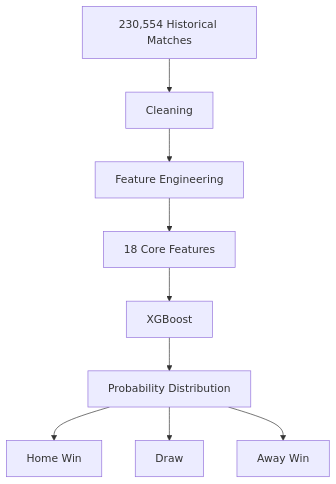
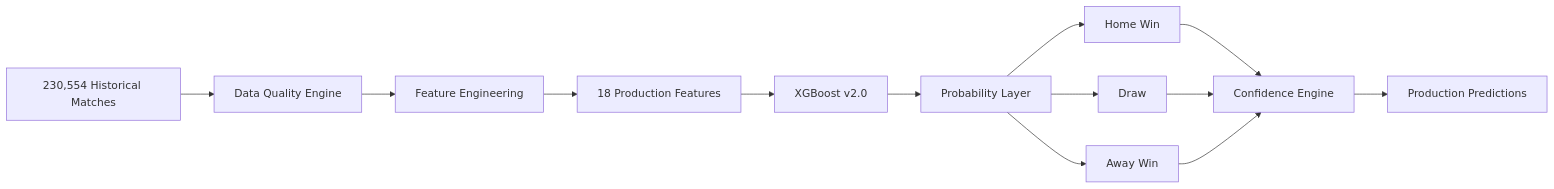
Before and after one commit to sai-ganesh-4539/StatVault: the first of 9 diagrams in Match_Prediction_Intelligence.md, drawn with Mermaid. The commit also changed other lines of this file, not shown here.

````diff
--- a/Match_Prediction_Intelligence.md
+++ b/Match_Prediction_Intelligence.md
@@ -79,19 +38,25 @@
 ```mermaid
-flowchart TD
+flowchart LR
 
 A[230,554 Historical Matches]
 
-A --> B[Cleaning]
+A --> B[Data Quality Engine]
 
 B --> C[Feature Engineering]
 
-C --> D[18 Core Features]
+C --> D[18 Production Features]
 
-D --> E[XGBoost]
+D --> E[XGBoost v2.0]
 
-E --> F[Probability Distribution]
+E --> F[Probability Layer]
 
 F --> G[Home Win]
 F --> H[Draw]
 F --> I[Away Win]
+
+G --> J[Confidence Engine]
+H --> J
+I --> J
+
+J --> K[Production Predictions]
 ```
````
